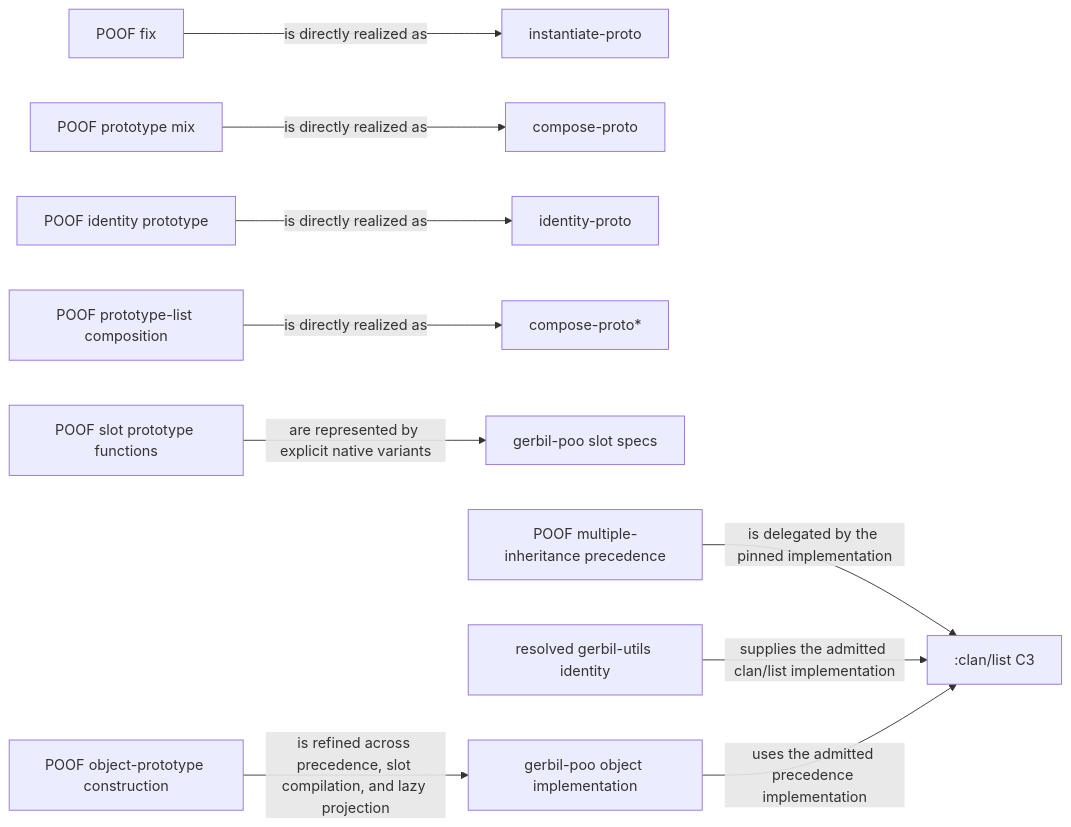
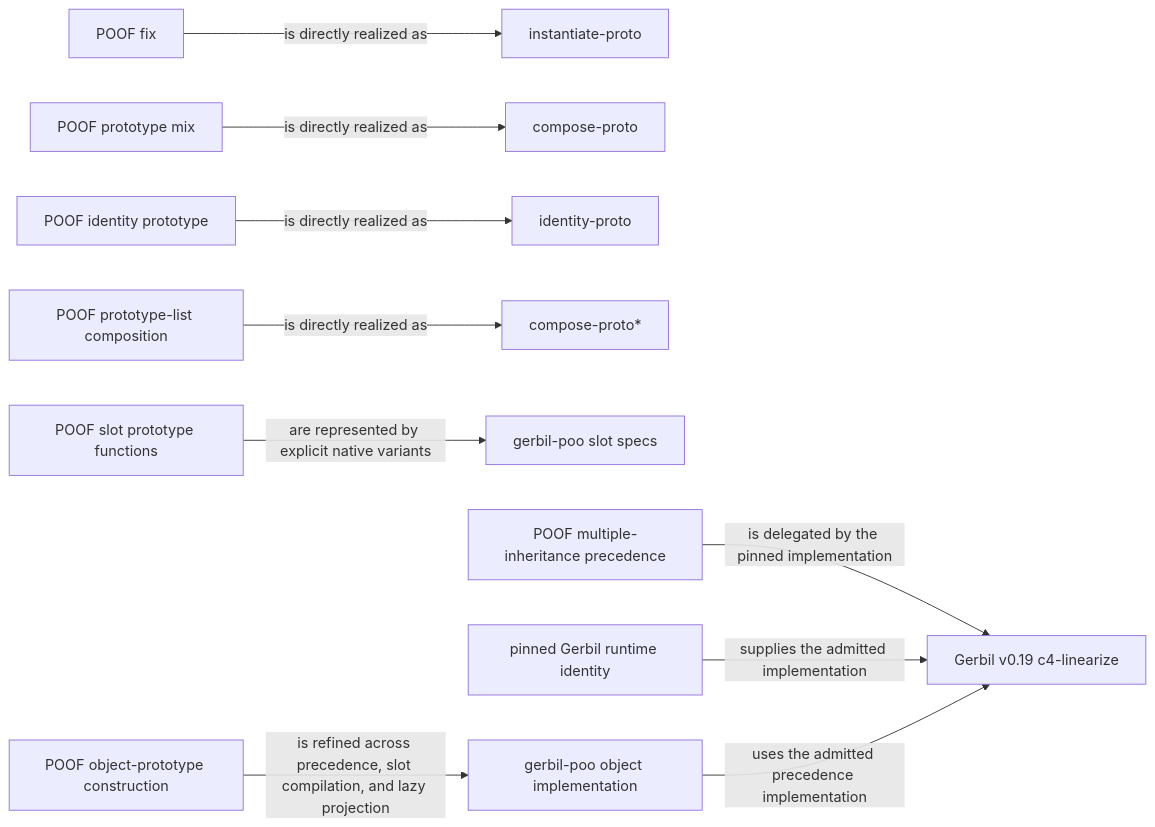
Before and after one commit to tao3k/poo-flow: the second of 3 diagrams in docs/10-19-design/10.06-poo-module-system/45-85-poof-proof-adoption-and-poo-flow-correspondence-obligations.org, drawn with Mermaid. The commit also changed other lines of this file and 514 other files, not shown here.

```diff
--- a/docs/10-19-design/10.06-poo-module-system/45-85-poof-proof-adoption-and-poo-flow-correspondence-obligations.org
+++ b/docs/10-19-design/10.06-poo-module-system/45-85-poof-proof-adoption-and-poo-flow-correspondence-obligations.org
@@ -393,12 +387,12 @@
 #+begin_src mermaid
 flowchart LR
     FIX["POOF fix"] -->|"is directly realized as"| IFIX["instantiate-proto"]
     MIX["POOF prototype mix"] -->|"is directly realized as"| IMIX["compose-proto"]
     ID["POOF identity prototype"] -->|"is directly realized as"| IID["identity-proto"]
     LIST["POOF prototype-list composition"] -->|"is directly realized as"| ILIST["compose-proto*"]
     SLOT["POOF slot prototype functions"] -->|"are represented by explicit native variants"| SPEC["gerbil-poo slot specs"]
     OBJECT["POOF object-prototype construction"] -->|"is refined across precedence, slot compilation, and lazy projection"| GOBJECT["gerbil-poo object implementation"]
-    C3["POOF multiple-inheritance precedence"] -->|"is delegated by the pinned implementation"| CLAN[":clan/list C3"]
-    DEPS["resolved gerbil-utils identity"] -->|"supplies the admitted clan/list implementation"| CLAN
-    GOBJECT -->|"uses the admitted precedence implementation"| CLAN
+    C4["POOF multiple-inheritance precedence"] -->|"is delegated by the pinned implementation"| RUNTIME["Gerbil v0.19 c4-linearize"]
+    RUNTIMEID["pinned Gerbil runtime identity"] -->|"supplies the admitted implementation"| RUNTIME
+    GOBJECT -->|"uses the admitted precedence implementation"| RUNTIME
 #+end_src
```
